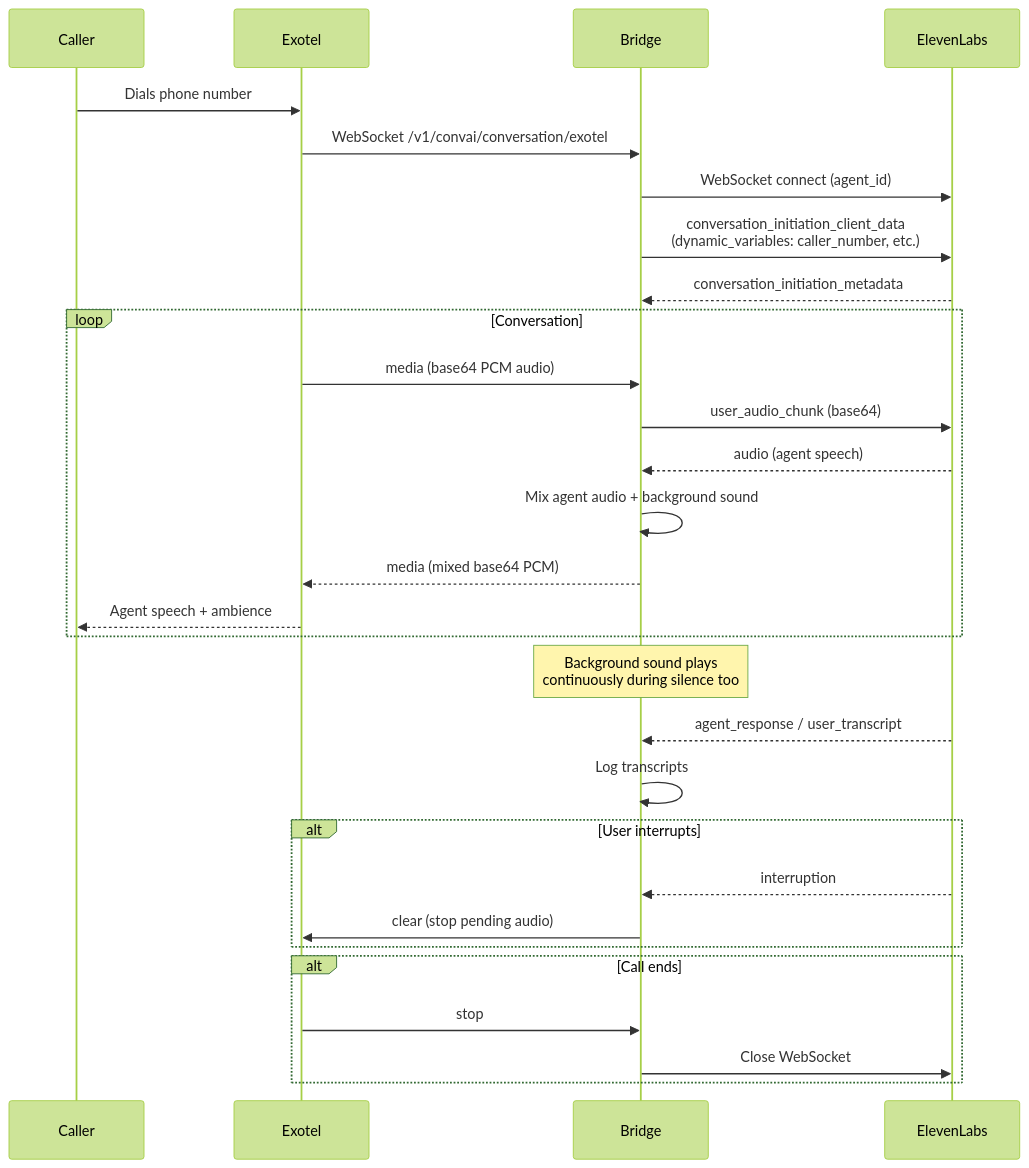
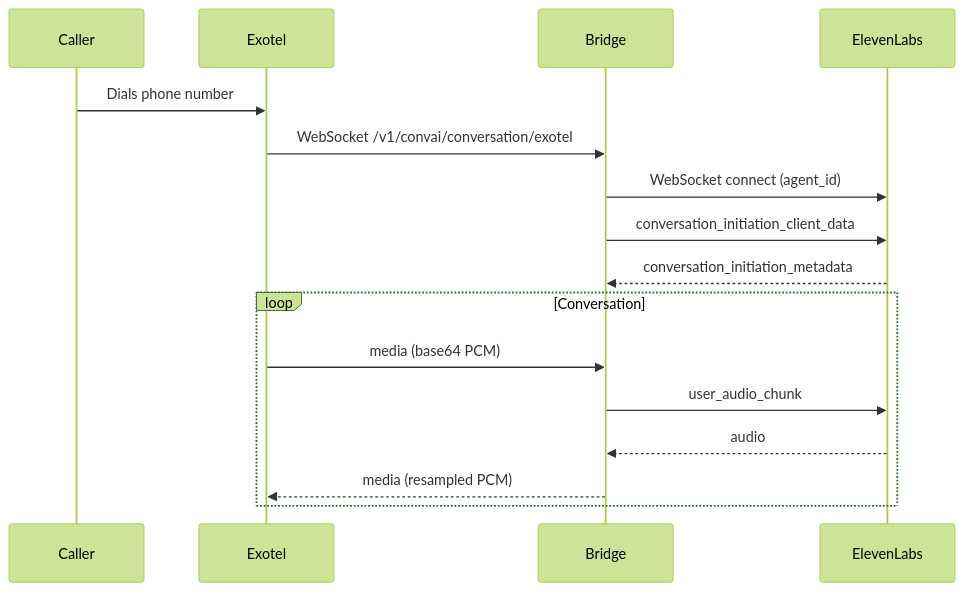
One commit to exotel/Agent-Stream changed the diagram in integrations/elevenlabs/README.md. Above: the diagram before and after it, drawn with Mermaid (forest theme). The commit also changed other lines of this file and 22 other files, not shown here.

````diff
--- a/integrations/elevenlabs/README.md
+++ b/integrations/elevenlabs/README.md
@@ -21,37 +73,20 @@
 ```mermaid
 sequenceDiagram
     participant Caller
     participant Exotel
     participant Bridge
     participant ElevenLabs
 
     Caller->>Exotel: Dials phone number
     Exotel->>Bridge: WebSocket /v1/convai/conversation/exotel
     Bridge->>ElevenLabs: WebSocket connect (agent_id)
-    Bridge->>ElevenLabs: conversation_initiation_client_data<br/>(dynamic_variables: caller_number, etc.)
+    Bridge->>ElevenLabs: conversation_initiation_client_data
     ElevenLabs-->>Bridge: conversation_initiation_metadata
 
     loop Conversation
-        Exotel->>Bridge: media (base64 PCM audio)
-        Bridge->>ElevenLabs: user_audio_chunk (base64)
-        ElevenLabs-->>Bridge: audio (agent speech)
-        Bridge->>Bridge: Mix agent audio + background sound
-        Bridge-->>Exotel: media (mixed base64 PCM)
-        Exotel-->>Caller: Agent speech + ambience
-    end
-
-    Note over Bridge: Background sound plays<br/>continuously during silence too
-
-    ElevenLabs-->>Bridge: agent_response / user_transcript
-    Bridge->>Bridge: Log transcripts
-
-    alt User interrupts
-        ElevenLabs-->>Bridge: interruption
-        Bridge->>Exotel: clear (stop pending audio)
-    end
-
-    alt Call ends
-        Exotel->>Bridge: stop
-        Bridge->>ElevenLabs: Close WebSocket
+        Exotel->>Bridge: media (base64 PCM)
+        Bridge->>ElevenLabs: user_audio_chunk
+        ElevenLabs-->>Bridge: audio
+        Bridge-->>Exotel: media (resampled PCM)
     end
 ```
````
